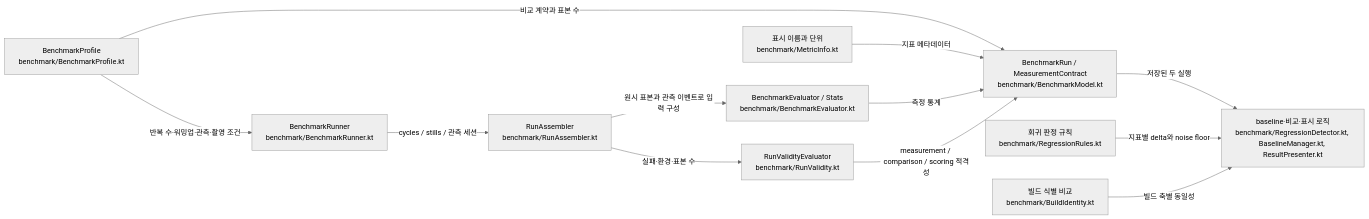
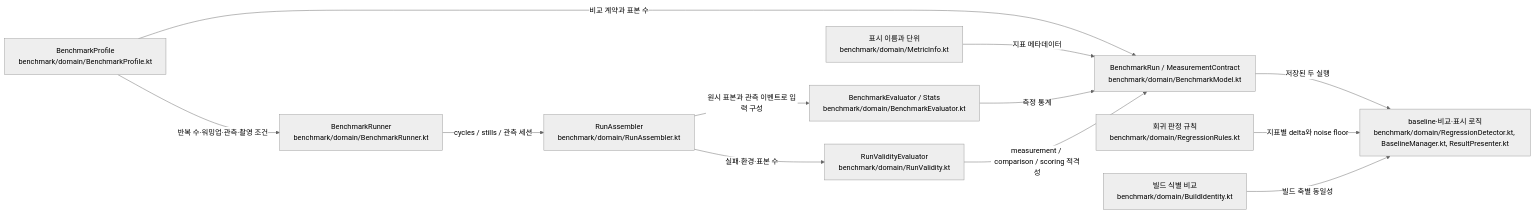
One commit to TTolsun/hal-camera changed the diagram in .omm/overall-architecture/benchmark/diagram.mmd. Above: the diagram before and after it, drawn with Mermaid (neutral theme). The commit also changed 148 other files, not shown here.

First line of the commit message:
Split benchmark into domain and platform packages

```diff
--- a/.omm/overall-architecture/benchmark/diagram.mmd
+++ b/.omm/overall-architecture/benchmark/diagram.mmd
@@ -1,22 +1,22 @@
 graph LR
-    benchmark-profile["BenchmarkProfile\nbenchmark/BenchmarkProfile.kt"]
-    benchmark-model["BenchmarkRun / MeasurementContract\nbenchmark/BenchmarkModel.kt"]
-    benchmark-evaluator["BenchmarkEvaluator / Stats\nbenchmark/BenchmarkEvaluator.kt"]
-    metric-info["표시 이름과 단위\nbenchmark/MetricInfo.kt"]
-    regression-rules["회귀 판정 규칙\nbenchmark/RegressionRules.kt"]
-    run-validity["RunValidityEvaluator\nbenchmark/RunValidity.kt"]
-    build-identity["빌드 식별 비교\nbenchmark/BuildIdentity.kt"]
-    benchmark-runner["BenchmarkRunner\nbenchmark/BenchmarkRunner.kt"]
-    run-assembler["RunAssembler\nbenchmark/RunAssembler.kt"]
-    comparison["baseline·비교·표시 로직\nbenchmark/RegressionDetector.kt, BaselineManager.kt, ResultPresenter.kt"]
+    benchmark-profile["BenchmarkProfile\nbenchmark/domain/BenchmarkProfile.kt"]
+    benchmark-model["BenchmarkRun / MeasurementContract\nbenchmark/domain/BenchmarkModel.kt"]
+    benchmark-evaluator["BenchmarkEvaluator / Stats\nbenchmark/domain/BenchmarkEvaluator.kt"]
+    metric-info["표시 이름과 단위\nbenchmark/domain/MetricInfo.kt"]
+    regression-rules["회귀 판정 규칙\nbenchmark/domain/RegressionRules.kt"]
+    run-validity["RunValidityEvaluator\nbenchmark/domain/RunValidity.kt"]
+    build-identity["빌드 식별 비교\nbenchmark/domain/BuildIdentity.kt"]
+    benchmark-runner["BenchmarkRunner\nbenchmark/domain/BenchmarkRunner.kt"]
+    run-assembler["RunAssembler\nbenchmark/domain/RunAssembler.kt"]
+    comparison["baseline·비교·표시 로직\nbenchmark/domain/RegressionDetector.kt, BaselineManager.kt, ResultPresenter.kt"]
     benchmark-profile -->|"반복 수·워밍업·관측·촬영 조건"| benchmark-runner
     benchmark-runner -->|"cycles / stills / 관측 세션"| run-assembler
     run-assembler -->|"원시 표본과 관측 이벤트로 입력 구성"| benchmark-evaluator
     benchmark-profile -->|"비교 계약과 표본 수"| benchmark-model
     metric-info -->|"지표 메타데이터"| benchmark-model
     benchmark-evaluator -->|"측정 통계"| benchmark-model
     run-assembler -->|"실패·환경·표본 수"| run-validity
     run-validity -->|"measurement / comparison / scoring 적격성"| benchmark-model
     benchmark-model -->|"저장된 두 실행"| comparison
     regression-rules -->|"지표별 delta와 noise floor"| comparison
     build-identity -->|"빌드 축별 동일성"| comparison
```
